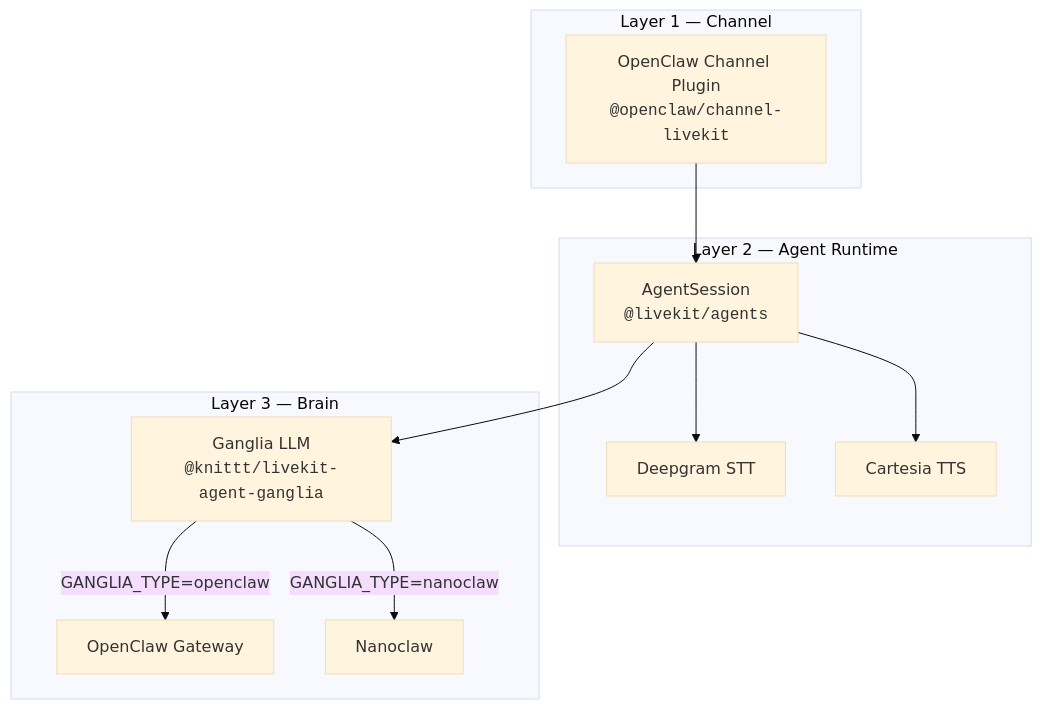
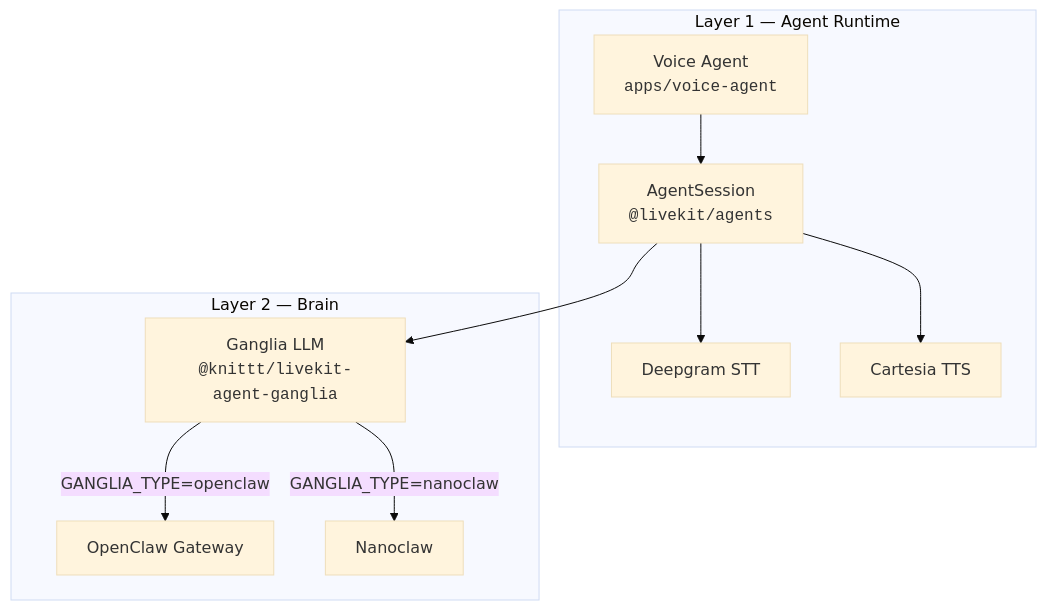
Before and after one commit to dremonkey/fletcher: the first of 3 diagrams in docs/architecture/system-overview.md, drawn with Mermaid (base theme). The commit also changed other lines of this file and 34 other files, not shown here.

First line of the commit message:
refactor: remove openclaw-channel-livekit package, adopt standalone voice agent

````diff
--- a/docs/architecture/system-overview.md
+++ b/docs/architecture/system-overview.md
@@ -17,25 +18,22 @@
 ```mermaid
 flowchart TB
-    subgraph "Layer 1 — Channel"
-        CP["OpenClaw Channel Plugin<br/><code>@openclaw/channel-livekit</code>"]
-    end
-
-    subgraph "Layer 2 — Agent Runtime"
+    subgraph "Layer 1 — Agent Runtime"
+        VA["Voice Agent<br/><code>apps/voice-agent</code>"]
         AS["AgentSession<br/><code>@livekit/agents</code>"]
         STT["Deepgram STT"]
         TTS["Cartesia TTS"]
     end
 
-    subgraph "Layer 3 — Brain"
+    subgraph "Layer 2 — Brain"
         G["Ganglia LLM<br/><code>@knittt/livekit-agent-ganglia</code>"]
         OC["OpenClaw Gateway"]
         NC["Nanoclaw"]
     end
 
-    CP --> AS
+    VA --> AS
     AS --> STT
     AS --> TTS
     AS --> G
     G -->|"GANGLIA_TYPE=openclaw"| OC
     G -->|"GANGLIA_TYPE=nanoclaw"| NC
 ```
````
